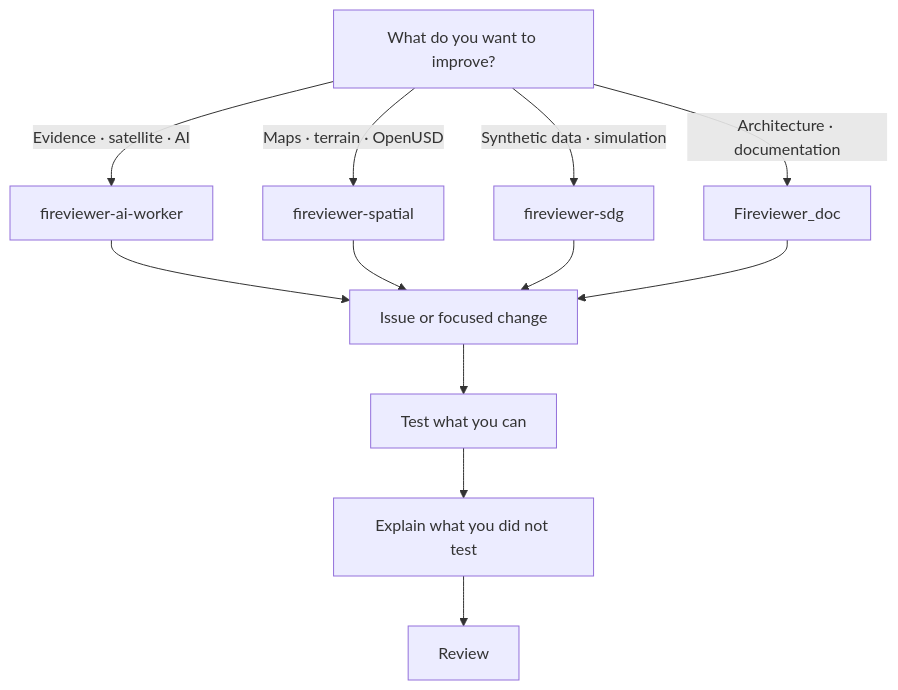
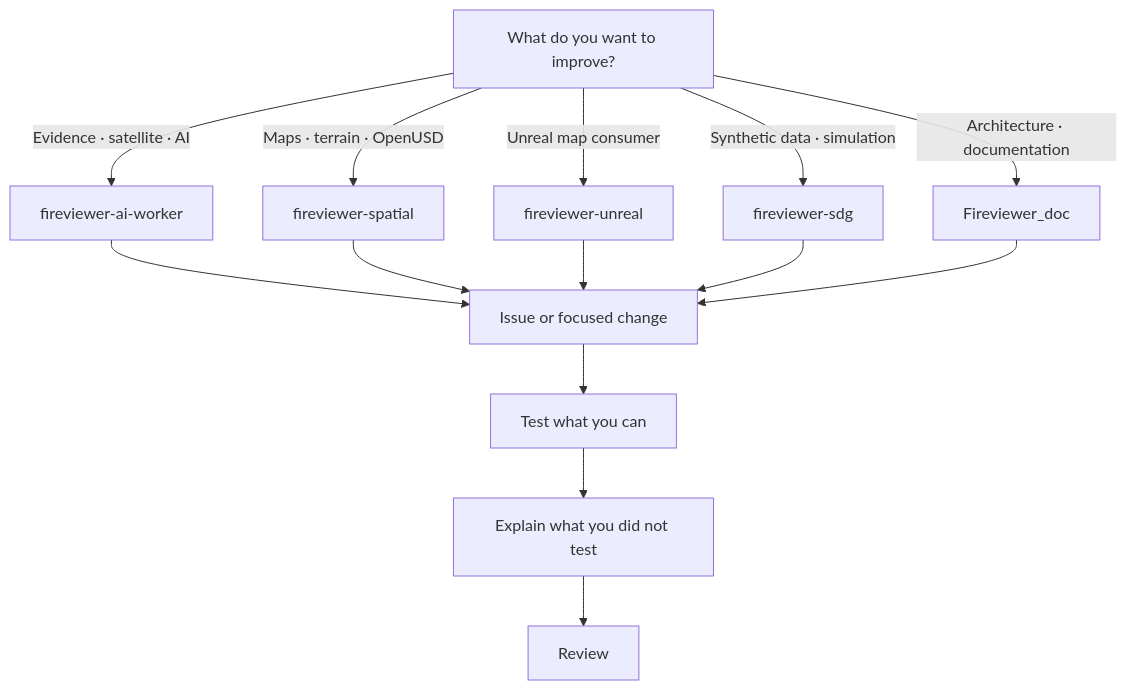
The diagram in CONTRIBUTING.md (fireviewer/.github), drawn with Mermaid before and after one commit. The commit also changed other lines of this file and 1 other file, not shown here.

Commit message:
docs: add FireViewer Unreal repository

````diff
--- a/CONTRIBUTING.md
+++ b/CONTRIBUTING.md
@@ -22,18 +22,20 @@
 ```mermaid
 flowchart TD
     Q["What do you want to improve?"]
 
     Q -->|Evidence · satellite · AI| AI["fireviewer-ai-worker"]
     Q -->|Maps · terrain · OpenUSD| SP["fireviewer-spatial"]
+    Q -->|Unreal map consumer| UE["fireviewer-unreal"]
     Q -->|Synthetic data · simulation| SDG["fireviewer-sdg"]
     Q -->|Architecture · documentation| DOC["Fireviewer_doc"]
 
     AI --> CHANGE["Issue or focused change"]
     SP --> CHANGE
+    UE --> CHANGE
     SDG --> CHANGE
     DOC --> CHANGE
 
     CHANGE --> TEST["Test what you can"]
     TEST --> LIMIT["Explain what you did not test"]
     LIMIT --> REVIEW["Review"]
 ```
````
